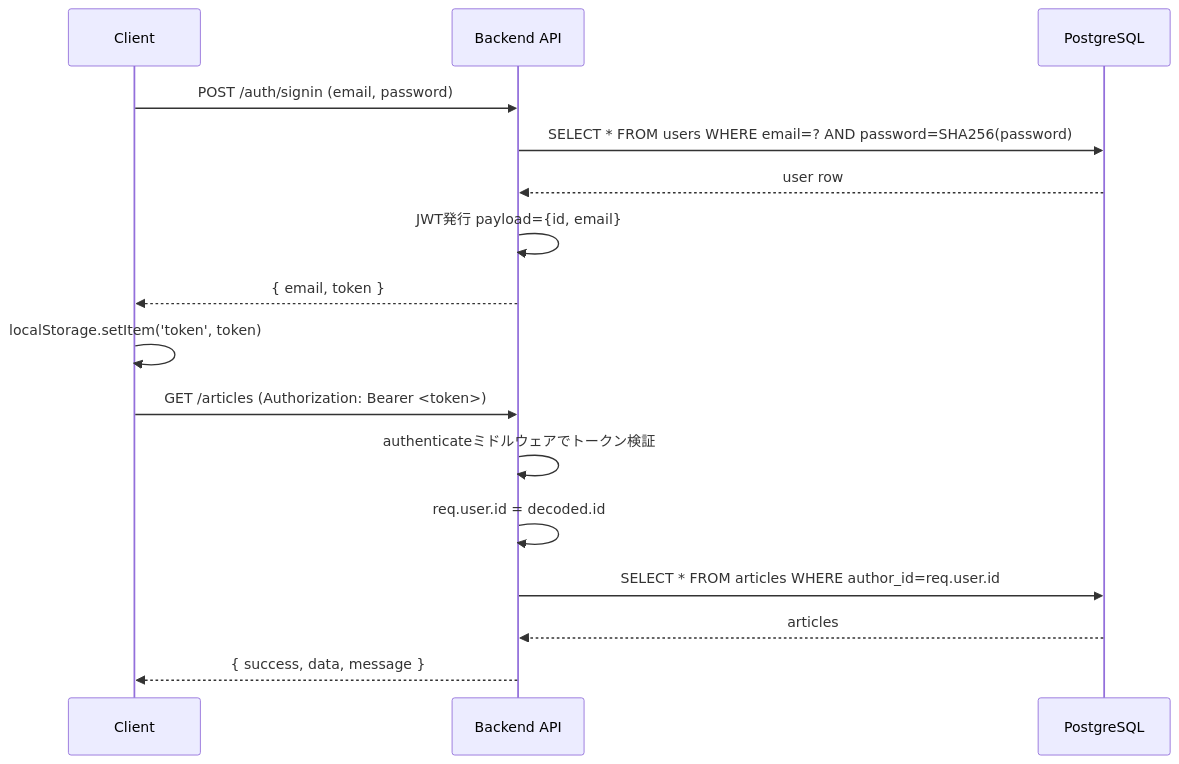
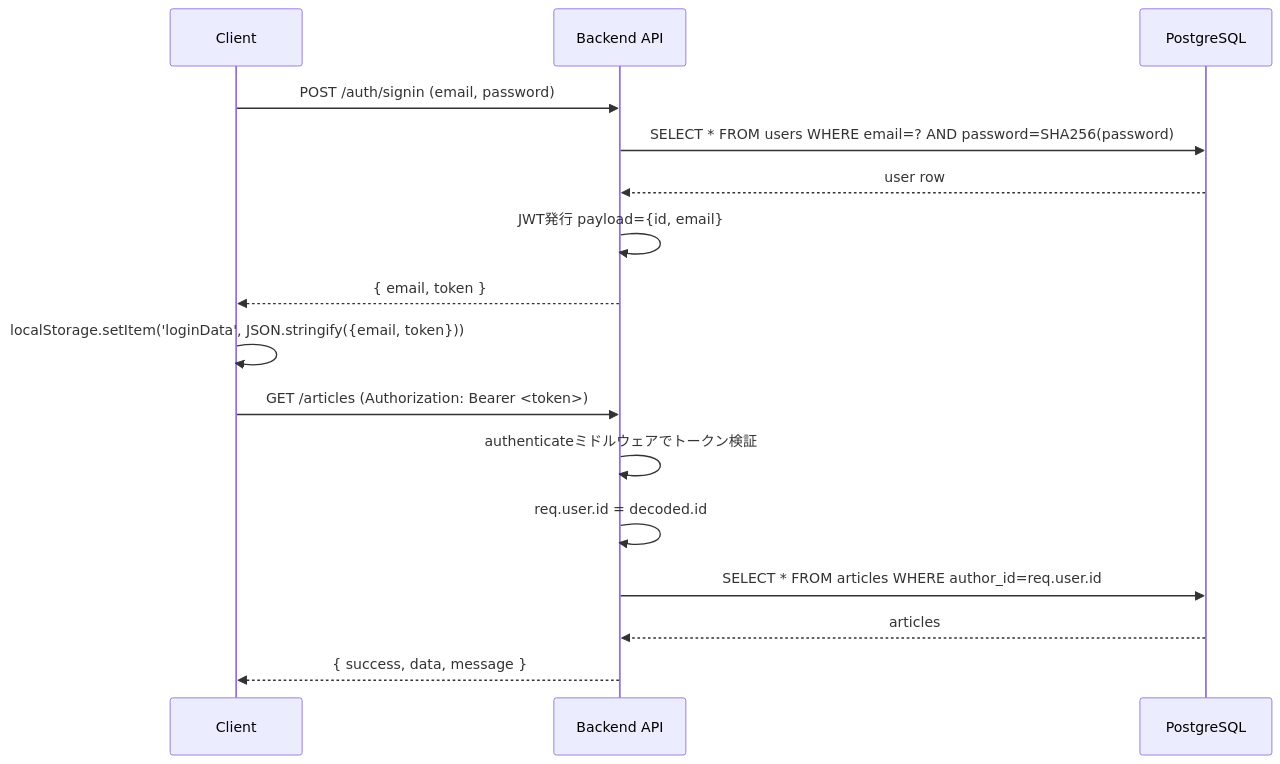
Before and after one commit to okmd-v4/mavs-task-nextjs: the second of 2 diagrams in docs/design.md, drawn with Mermaid. The commit also changed other lines of this file and 6 other files, not shown here.

````diff
--- a/docs/design.md
+++ b/docs/design.md
@@ -132,20 +132,20 @@
 ```mermaid
 sequenceDiagram
     participant Client
     participant API as Backend API
     participant DB as PostgreSQL
 
     Client->>API: POST /auth/signin (email, password)
     API->>DB: SELECT * FROM users WHERE email=? AND password=SHA256(password)
     DB-->>API: user row
     API->>API: JWT発行 payload={id, email}
     API-->>Client: { email, token }
-    Client->>Client: localStorage.setItem('token', token)
+    Client->>Client: localStorage.setItem('loginData', JSON.stringify({email, token}))
 
     Client->>API: GET /articles (Authorization: Bearer <token>)
     API->>API: authenticateミドルウェアでトークン検証
     API->>API: req.user.id = decoded.id
     API->>DB: SELECT * FROM articles WHERE author_id=req.user.id
     DB-->>API: articles
     API-->>Client: { success, data, message }
 ```
````
